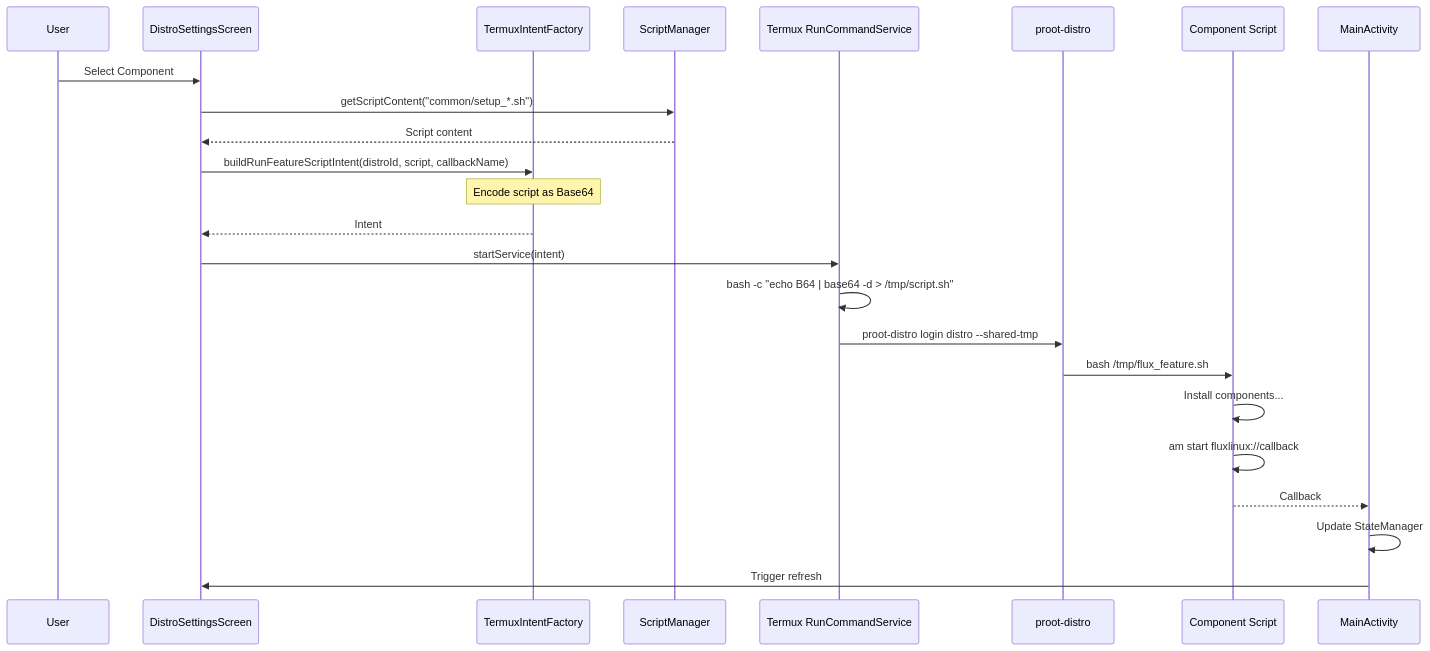
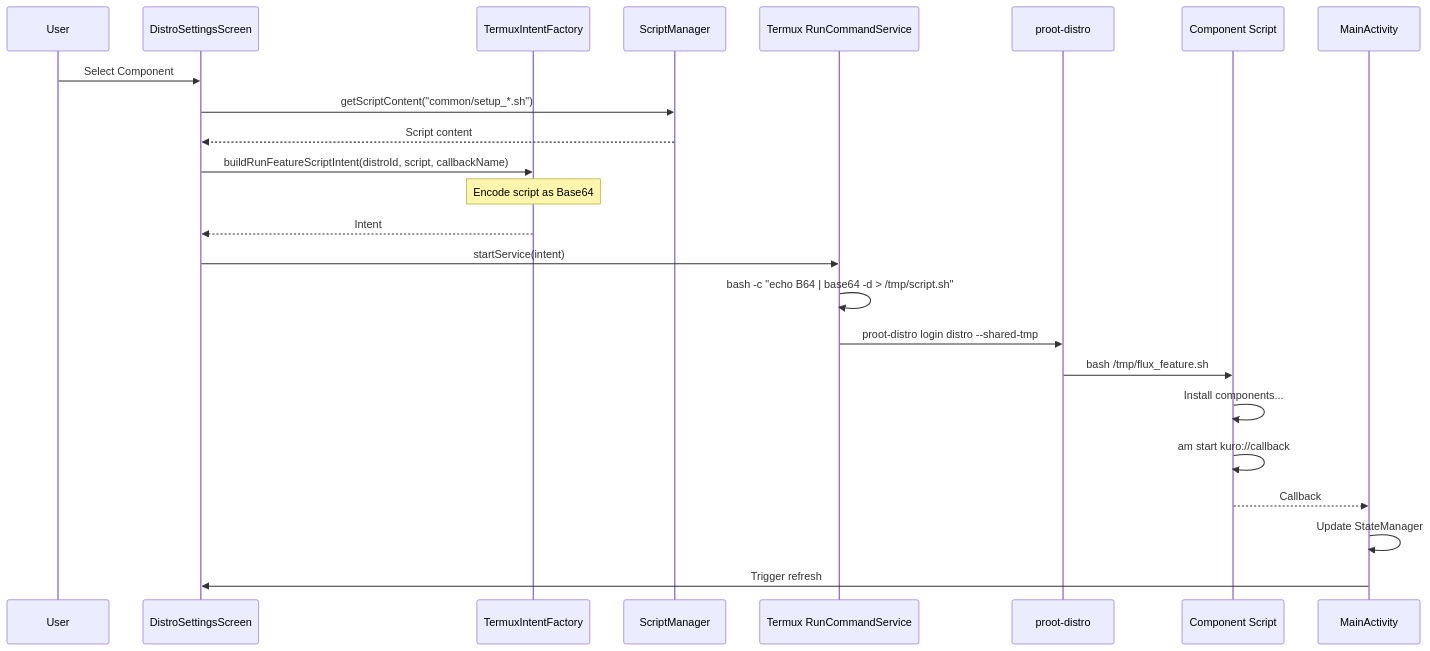
One commit to HakaI963/kuro changed the fifth of 15 diagrams in docs/script_execution_workflow.md. Above: the diagram before and after it, drawn with Mermaid. The commit also changed other lines of this file and 573 other files, not shown here.

````diff
--- a/docs/script_execution_workflow.md
+++ b/docs/script_execution_workflow.md
@@ -271,27 +271,27 @@
 ```mermaid
 sequenceDiagram
     participant User
     participant UI as DistroSettingsScreen
     participant TIF as TermuxIntentFactory
     participant SM as ScriptManager
     participant Termux as Termux RunCommandService
     participant PROOT as proot-distro
     participant Script as Component Script
     participant MA as MainActivity
     
     User->>UI: Select Component
     UI->>SM: getScriptContent("common/setup_*.sh")
     SM-->>UI: Script content
     UI->>TIF: buildRunFeatureScriptIntent(distroId, script, callbackName)
     Note over TIF: Encode script as Base64
     TIF-->>UI: Intent
     UI->>Termux: startService(intent)
     Termux->>Termux: bash -c "echo B64 | base64 -d > /tmp/script.sh"
     Termux->>PROOT: proot-distro login distro --shared-tmp
     PROOT->>Script: bash /tmp/flux_feature.sh
     Script->>Script: Install components...
-    Script->>Script: am start fluxlinux://callback
+    Script->>Script: am start kuro://callback
     Script-->>MA: Callback
     MA->>MA: Update StateManager
     MA->>UI: Trigger refresh
 ```
````
